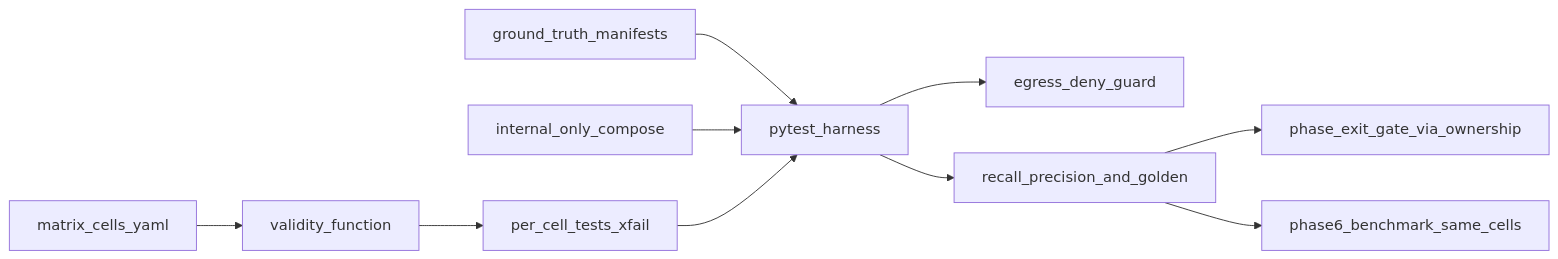
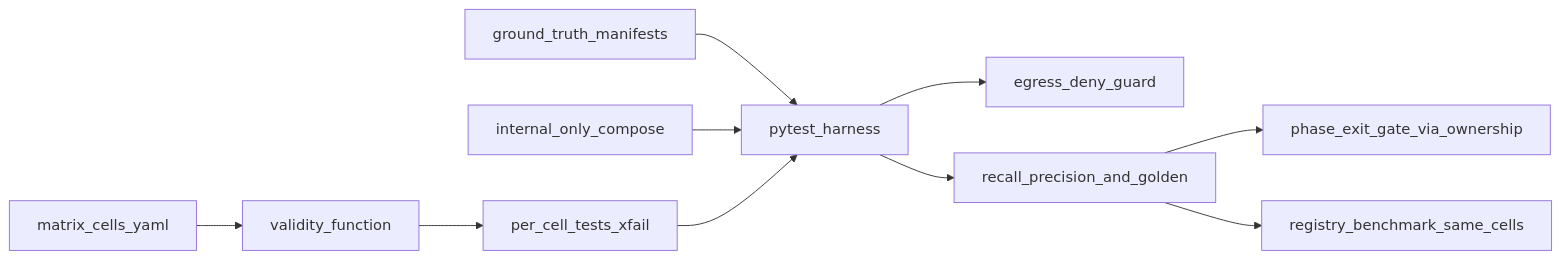
The diagram in plans/17-test-suite.md (Rushi-Balapure/Insidia-Labs), drawn with Mermaid before and after one commit. The commit also changed other lines of this file and 38 other files, not shown here.

````diff
--- a/plans/17-test-suite.md
+++ b/plans/17-test-suite.md
@@ -101,12 +101,12 @@
 ```mermaid
 flowchart LR
   Reg[matrix_cells_yaml] --> Val[validity_function]
   Val --> Cells[per_cell_tests_xfail]
   GT[ground_truth_manifests] --> Harness
   Sandbox[internal_only_compose] --> Harness[pytest_harness]
   Cells --> Harness
   Harness --> Egress[egress_deny_guard]
   Harness --> Score[recall_precision_and_golden]
   Score --> Gate[phase_exit_gate_via_ownership]
-  Score --> Bench[phase6_benchmark_same_cells]
+  Score --> Bench[registry_benchmark_same_cells]
 ```
````
